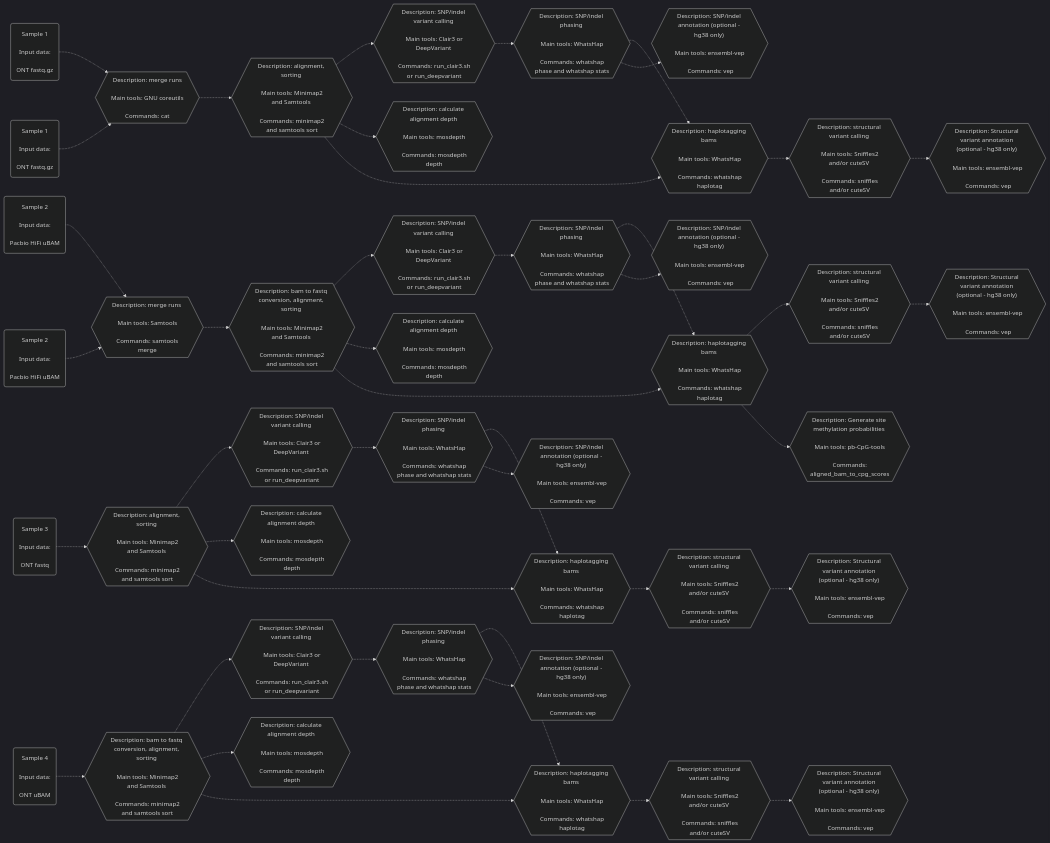
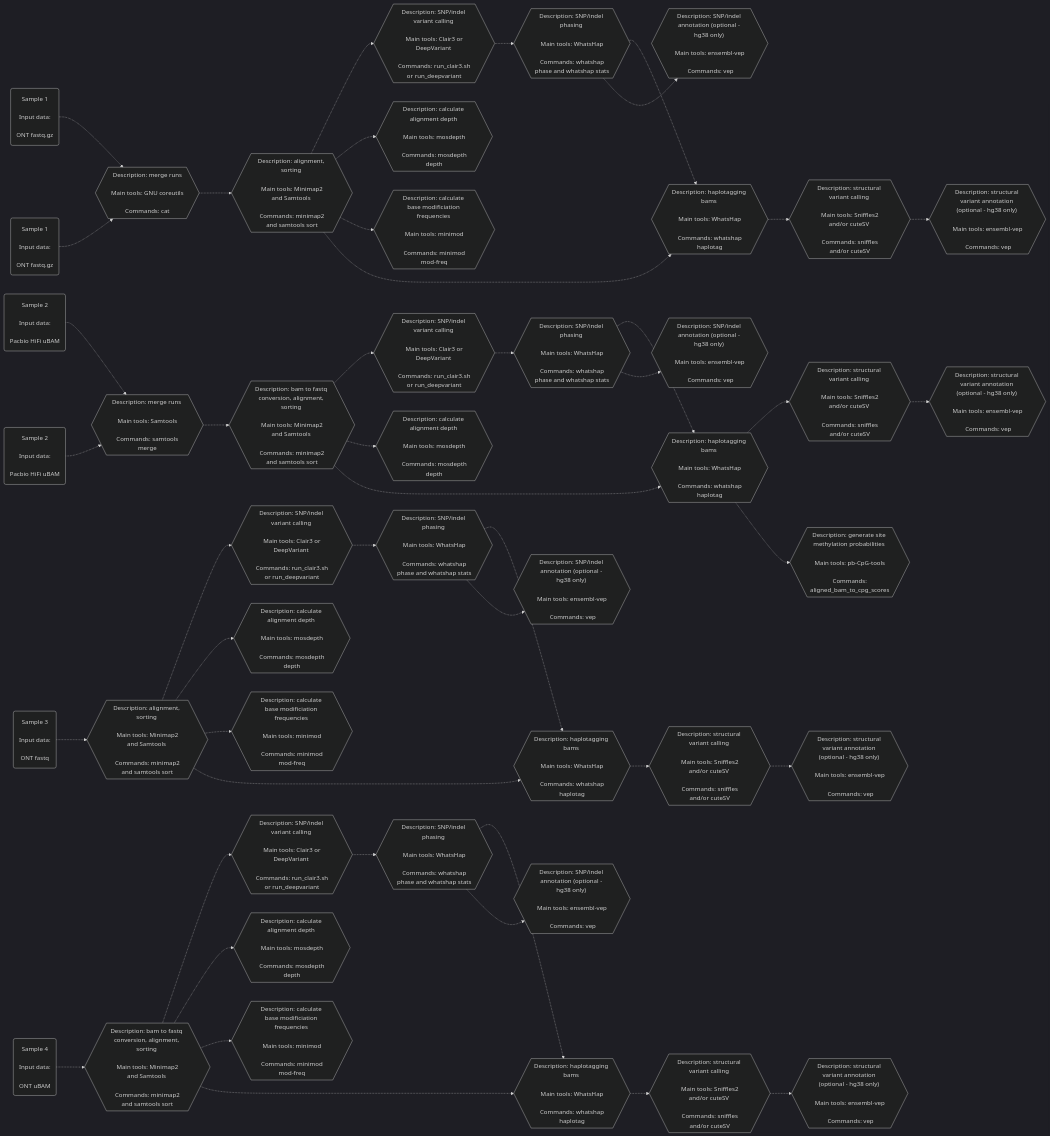
The second of 2 diagrams in README.md (leahkemp/pipeface), drawn with Mermaid before and after one commit. The commit also changed other lines of this file and 4 other files, not shown here.

```diff
--- a/README.md
+++ b/README.md
@@ -85,17 +87,20 @@
 haplotagging_s3{{"Description: haplotagging bams <br><br> Main tools: WhatsHap <br><br> Commands: whatshap haplotag"}}
 haplotagging_s4{{"Description: haplotagging bams <br><br> Main tools: WhatsHap <br><br> Commands: whatshap haplotag"}}
 
-generate_meth_probs_s2{{"Description: Generate site methylation probabilities <br><br> Main tools: pb-CpG-tools <br><br> Commands: aligned_bam_to_cpg_scores"}}
+calculate_base_mod_freqs_s1{{"Description: calculate base modificiation frequencies <br><br> Main tools: minimod <br><br> Commands: minimod mod-freq"}}
+generate_meth_probs_s2{{"Description: generate site methylation probabilities <br><br> Main tools: pb-CpG-tools <br><br> Commands: aligned_bam_to_cpg_scores"}}
+calculate_base_mod_freqs_s3{{"Description: calculate base modificiation frequencies <br><br> Main tools: minimod <br><br> Commands: minimod mod-freq"}}
+calculate_base_mod_freqs_s4{{"Description: calculate base modificiation frequencies <br><br> Main tools: minimod <br><br> Commands: minimod mod-freq"}}
 
 sv_calling_s1{{"Description: structural variant calling <br><br> Main tools: Sniffles2 and/or cuteSV <br><br> Commands: sniffles and/or cuteSV"}}
 sv_calling_s2{{"Description: structural variant calling <br><br> Main tools: Sniffles2 and/or cuteSV <br><br> Commands: sniffles and/or cuteSV"}}
 sv_calling_s3{{"Description: structural variant calling <br><br> Main tools: Sniffles2 and/or cuteSV <br><br> Commands: sniffles and/or cuteSV"}}
 sv_calling_s4{{"Description: structural variant calling <br><br> Main tools: Sniffles2 and/or cuteSV <br><br> Commands: sniffles and/or cuteSV"}}
 
-sv_annotation_s1{{"Description: Structural variant annotation (optional - hg38 only)" <br><br> Main tools: ensembl-vep <br><br> Commands: vep}}
-sv_annotation_s2{{"Description: Structural variant annotation (optional - hg38 only)" <br><br> Main tools: ensembl-vep <br><br> Commands: vep}}
-sv_annotation_s3{{"Description: Structural variant annotation (optional - hg38 only)" <br><br> Main tools: ensembl-vep <br><br> Commands: vep}}
-sv_annotation_s4{{"Description: Structural variant annotation (optional - hg38 only)" <br><br> Main tools: ensembl-vep <br><br> Commands: vep}}
+sv_annotation_s1{{"Description: structural variant annotation (optional - hg38 only)" <br><br> Main tools: ensembl-vep <br><br> Commands: vep}}
+sv_annotation_s2{{"Description: structural variant annotation (optional - hg38 only)" <br><br> Main tools: ensembl-vep <br><br> Commands: vep}}
+sv_annotation_s3{{"Description: structural variant annotation (optional - hg38 only)" <br><br> Main tools: ensembl-vep <br><br> Commands: vep}}
+sv_annotation_s4{{"Description: structural variant annotation (optional - hg38 only)" <br><br> Main tools: ensembl-vep <br><br> Commands: vep}}
 
 ont_data_f1-.->merging_m1-.->alignment_s1-.->snp_indel_calling_s1-.->snp_indel_phasing_s1-.->haplotagging_s1-.->sv_calling_s1
 ont_data_f2-.->merging_m1
@@ -108,6 +113,10 @@
 alignment_s2-.->depth_s2
 alignment_s3-.->depth_s3
 alignment_s4-.->depth_s4
+
+alignment_s1-.->calculate_base_mod_freqs_s1
+alignment_s3-.->calculate_base_mod_freqs_s3
+alignment_s4-.->calculate_base_mod_freqs_s4
 
 alignment_s1-.->haplotagging_s1
 alignment_s2-.->haplotagging_s2
```
